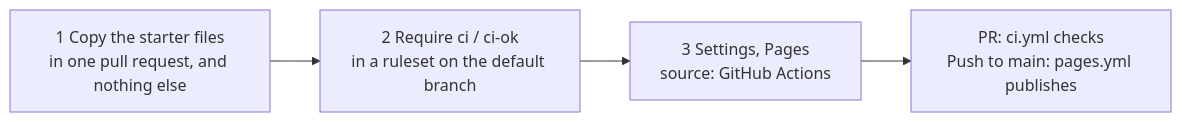
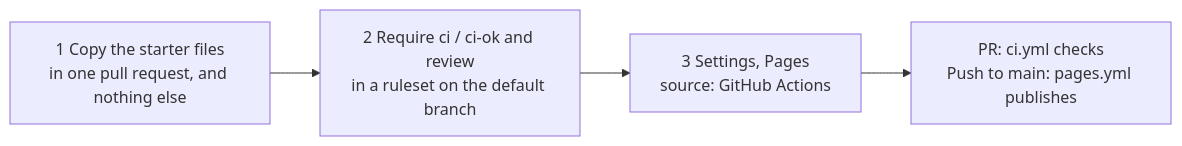
Before and after one commit to SoulCraft-Org/git-crafter: the first of 2 diagrams in templates/ci/README.md, drawn with Mermaid. The commit also changed 18 other files, not shown here.

First line of the commit message:
Make auto-merge the template default, gated by a review status

````diff
--- a/templates/ci/README.md
+++ b/templates/ci/README.md
@@ -12,6 +12,6 @@
 ```mermaid
 flowchart LR
-  C["1 Copy the starter files<br/>in one pull request, and nothing else"] --> R["2 Require ci / ci-ok<br/>in a ruleset on the default branch"]
+  C["1 Copy the starter files<br/>in one pull request, and nothing else"] --> R["2 Require ci / ci-ok and review<br/>in a ruleset on the default branch"]
   R --> G["3 Settings, Pages<br/>source: GitHub Actions"]
   G --> P[PR: ci.yml checks<br/>Push to main: pages.yml publishes]
 ```
````
